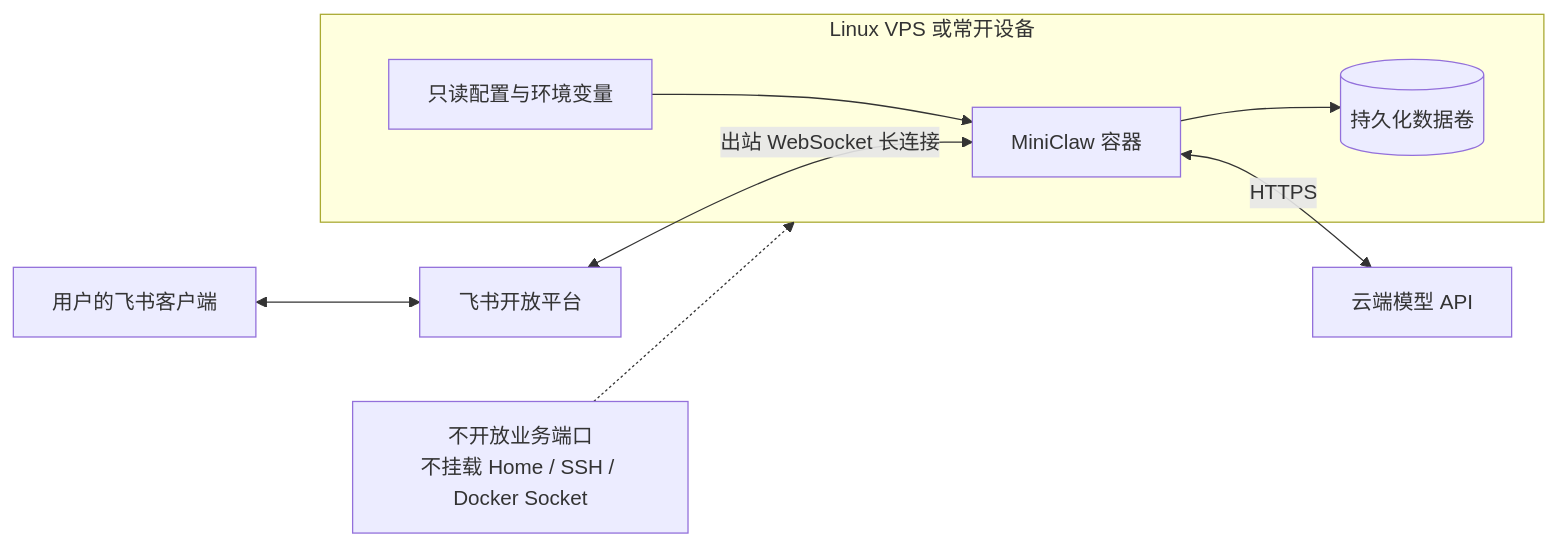
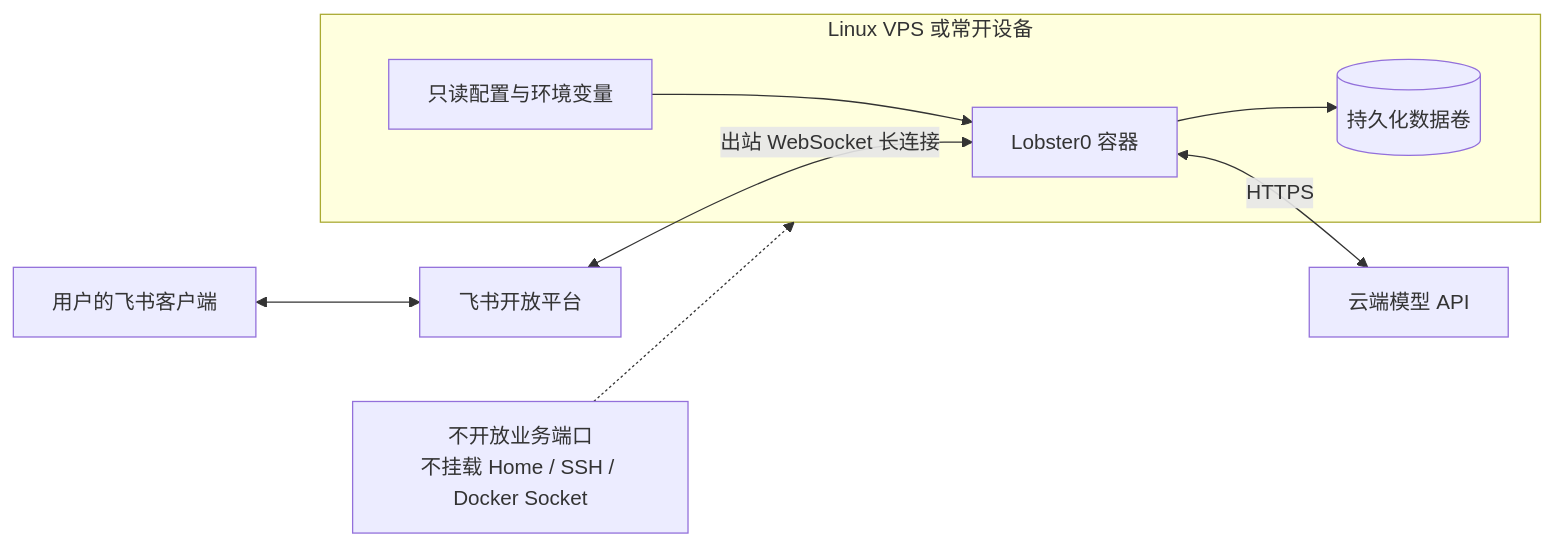
One commit to NEDONION/lobster0 changed the ninth of 10 diagrams in docs/product/20260807_产品需求文档.md. Above: the diagram before and after it, drawn with Mermaid. The commit also changed other lines of this file and 221 other files, not shown here.

````diff
--- a/docs/product/20260807_产品需求文档.md
+++ b/docs/product/20260807_产品需求文档.md
@@ -563,16 +563,16 @@
 ```mermaid
 flowchart LR
     USER["用户的飞书客户端"] <--> CLOUD["飞书开放平台"]
 
     subgraph HOST["Linux VPS 或常开设备"]
-        GATEWAY["MiniClaw 容器"]
+        GATEWAY["Lobster0 容器"]
         VOLUME[("持久化数据卷")]
         CONFIG["只读配置与环境变量"]
         GATEWAY --> VOLUME
         CONFIG --> GATEWAY
     end
 
     CLOUD <-->|"出站 WebSocket 长连接"| GATEWAY
     GATEWAY <-->|"HTTPS"| MODEL["云端模型 API"]
     NOTE["不开放业务端口<br/>不挂载 Home / SSH / Docker Socket"] -.-> HOST
 ```
````
